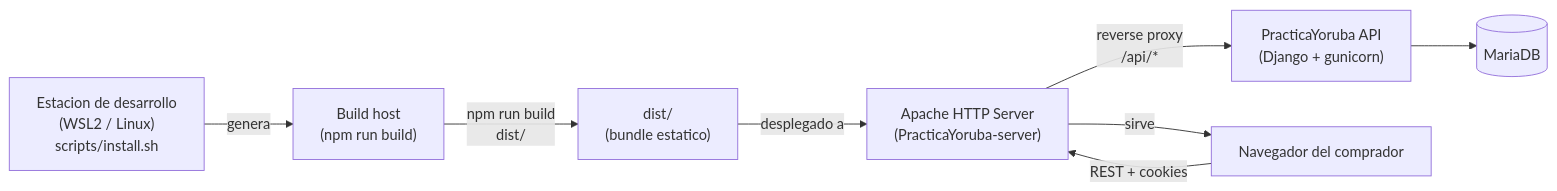
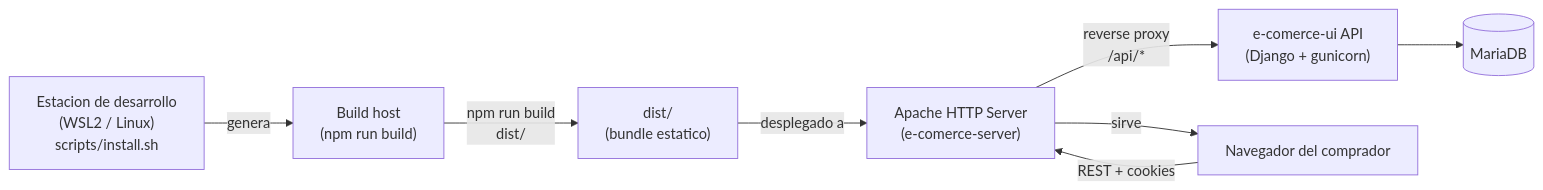
Before and after one commit to jcg-admin/template-ecommerce-ui: the first of 2 diagrams in docs/vista-de-despliegue/vista-de-despliegue.md, drawn with Mermaid. The commit also changed other lines of this file and 14 other files, not shown here.

````diff
--- a/docs/vista-de-despliegue/vista-de-despliegue.md
+++ b/docs/vista-de-despliegue/vista-de-despliegue.md
@@ -8,17 +8,17 @@
 ```mermaid
 flowchart LR
     Dev["Estacion de desarrollo<br/>(WSL2 / Linux)<br/>scripts/install.sh"]
     CI["Build host<br/>(npm run build)"]
-    Apache["Apache HTTP Server<br/>(PracticaYoruba-server)"]
+    Apache["Apache HTTP Server<br/>(e-comerce-server)"]
     UI["dist/<br/>(bundle estatico)"]
-    Django["PracticaYoruba API<br/>(Django + gunicorn)"]
+    Django["e-comerce-ui API<br/>(Django + gunicorn)"]
     DB[("MariaDB")]
 
     Dev -->|"genera"| CI
     CI -->|"npm run build<br/>dist/"| UI
     UI -->|"desplegado a"| Apache
     Apache -->|"sirve"| Cliente["Navegador del comprador"]
     Cliente -->|"REST + cookies"| Apache
     Apache -->|"reverse proxy<br/>/api/*"| Django
     Django --> DB
 ```
````
